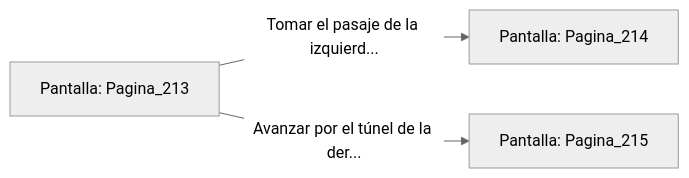
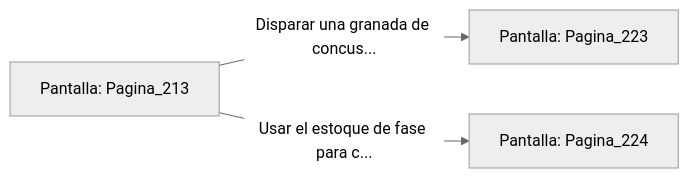
Before and after one commit to metsuke/mpl: the diagram in sample/eligejuego-vault/Pantalla_Pagina_213.md, drawn with Mermaid (neutral theme). The commit also changed other lines of this file and 635 other files, not shown here.

First line of the commit message:
fix: añadir Pagina_1 como pantalla inicial en capitulo_01.mpl

````diff
--- a/sample/eligejuego-vault/Pantalla_Pagina_213.md
+++ b/sample/eligejuego-vault/Pantalla_Pagina_213.md
@@ -20,6 +24,6 @@
 ```mermaid
 graph LR
     P_Pagina_213["Pantalla: Pagina_213"]
-    P_Pagina_213 -->|"Tomar el pasaje de la izquierd..."| P_Pagina_214["Pantalla: Pagina_214"]
-    P_Pagina_213 -->|"Avanzar por el túnel de la der..."| P_Pagina_215["Pantalla: Pagina_215"]
+    P_Pagina_213 -->|"Disparar una granada de concus..."| P_Pagina_223["Pantalla: Pagina_223"]
+    P_Pagina_213 -->|"Usar el estoque de fase para c..."| P_Pagina_224["Pantalla: Pagina_224"]
 ```
````
